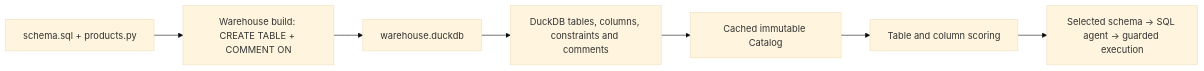
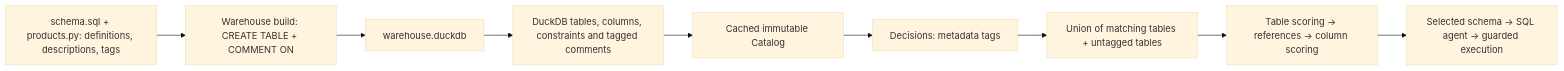
The diagram in README.md (Castaldo327/GridRag), drawn with Mermaid (base theme) before and after one commit. The commit also changed other lines of this file and 27 other files, not shown here.

````diff
--- a/README.md
+++ b/README.md
@@ -227,9 +264,11 @@
 ```mermaid
 flowchart LR
-    Sources["schema.sql + products.py"] --> Build["Warehouse build: CREATE TABLE + COMMENT ON"]
+    Sources["schema.sql + products.py: definitions, descriptions, tags"] --> Build["Warehouse build: CREATE TABLE + COMMENT ON"]
     Build --> DB["warehouse.duckdb"]
-    DB --> Metadata["DuckDB tables, columns, constraints and comments"]
+    DB --> Metadata["DuckDB tables, columns, constraints and tagged comments"]
     Metadata --> Catalog["Cached immutable Catalog"]
-    Catalog --> Routing["Table and column scoring"]
+    Catalog --> Tags["Decisions: metadata tags"]
+    Tags --> Candidates["Union of matching tables + untagged tables"]
+    Candidates --> Routing["Table scoring → references → column scoring"]
     Routing --> SQL["Selected schema → SQL agent → guarded execution"]
 ```
````
